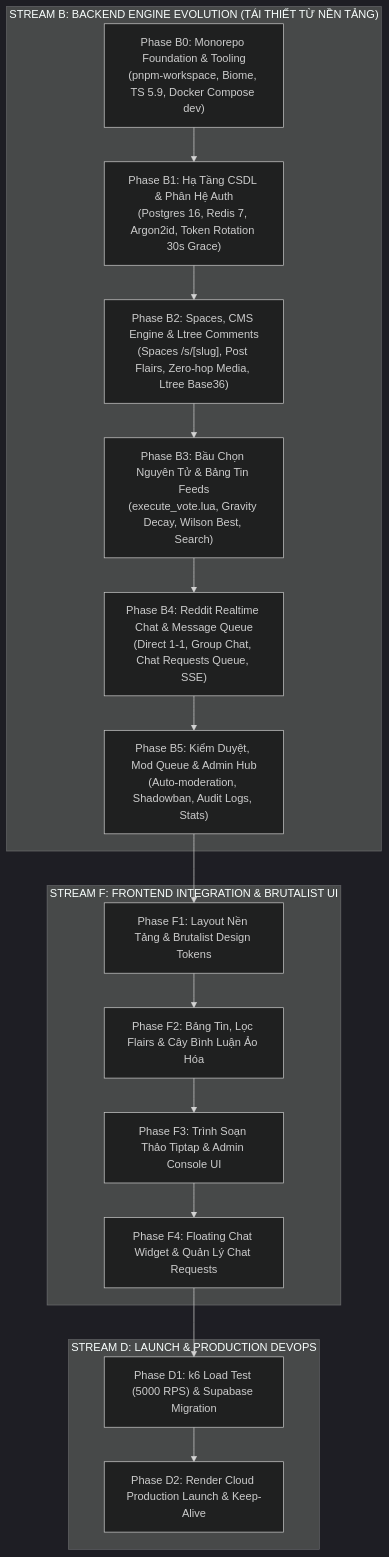
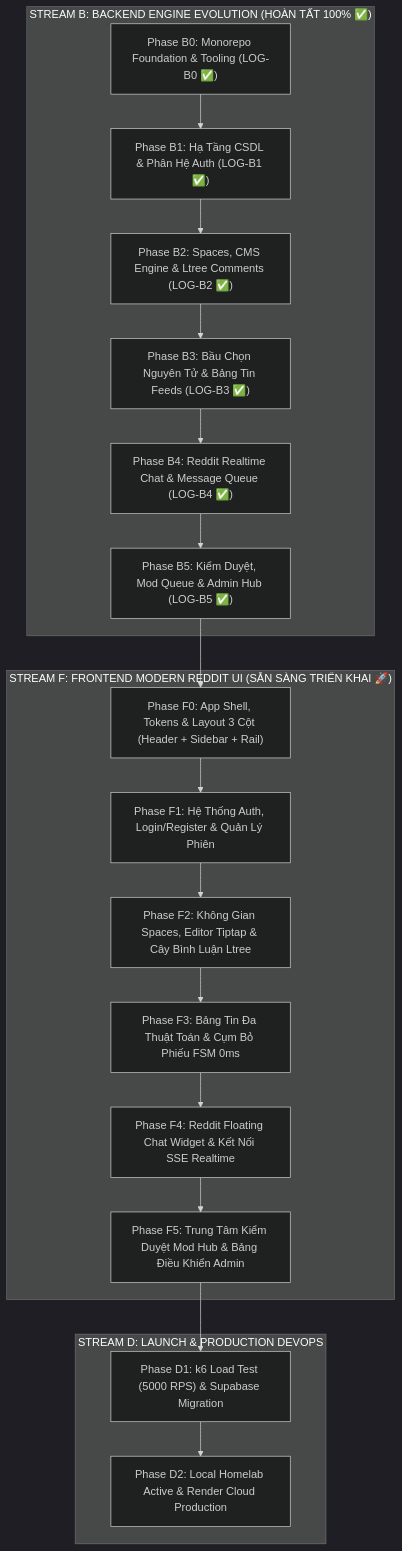
One commit to mjjyv/acad_devOps-project changed the diagram in docs/06_roadmap_and_kpis/01_backend_first_roadmap.md. Above: the diagram before and after it, drawn with Mermaid (dark theme). The commit also changed other lines of this file and 3 other files, not shown here.

Commit message:
docs(design): publish comprehensive frontend design system, ux guidelines and stream f roadmap

````diff
--- a/docs/06_roadmap_and_kpis/01_backend_first_roadmap.md
+++ b/docs/06_roadmap_and_kpis/01_backend_first_roadmap.md
@@ -25,28 +25,30 @@
 ```mermaid
 flowchart TD
-    subgraph StreamB ["STREAM B: BACKEND ENGINE EVOLUTION (TÁI THIẾT TỪ NỀN TẢNG)"]
-        B0["Phase B0: Monorepo Foundation & Tooling<br/>(pnpm-workspace, Biome, TS 5.9, Docker Compose dev)"]
-        B1["Phase B1: Hạ Tầng CSDL & Phân Hệ Auth<br/>(Postgres 16, Redis 7, Argon2id, Token Rotation 30s Grace)"]
-        B2["Phase B2: Spaces, CMS Engine & Ltree Comments<br/>(Spaces /s/[slug], Post Flairs, Zero-hop Media, Ltree Base36)"]
-        B3["Phase B3: Bầu Chọn Nguyên Tử & Bảng Tin Feeds<br/>(execute_vote.lua, Gravity Decay, Wilson Best, Search)"]
-        B4["Phase B4: Reddit Realtime Chat & Message Queue<br/>(Direct 1-1, Group Chat, Chat Requests Queue, SSE)"]
-        B5["Phase B5: Kiểm Duyệt, Mod Queue & Admin Hub<br/>(Auto-moderation, Shadowban, Audit Logs, Stats)"]
+    subgraph StreamB ["STREAM B: BACKEND ENGINE EVOLUTION (HOÀN TẤT 100% ✅)"]
+        B0["Phase B0: Monorepo Foundation & Tooling (LOG-B0 ✅)"]
+        B1["Phase B1: Hạ Tầng CSDL & Phân Hệ Auth (LOG-B1 ✅)"]
+        B2["Phase B2: Spaces, CMS Engine & Ltree Comments (LOG-B2 ✅)"]
+        B3["Phase B3: Bầu Chọn Nguyên Tử & Bảng Tin Feeds (LOG-B3 ✅)"]
+        B4["Phase B4: Reddit Realtime Chat & Message Queue (LOG-B4 ✅)"]
+        B5["Phase B5: Kiểm Duyệt, Mod Queue & Admin Hub (LOG-B5 ✅)"]
         B0 --> B1 --> B2 --> B3 --> B4 --> B5
     end
 
-    subgraph StreamF ["STREAM F: FRONTEND INTEGRATION & BRUTALIST UI"]
-        F1["Phase F1: Layout Nền Tảng & Brutalist Design Tokens"]
-        F2["Phase F2: Bảng Tin, Lọc Flairs & Cây Bình Luận Ảo Hóa"]
-        F3["Phase F3: Trình Soạn Thảo Tiptap & Admin Console UI"]
-        F4["Phase F4: Floating Chat Widget & Quản Lý Chat Requests"]
-        F1 --> F2 --> F3 --> F4
+    subgraph StreamF ["STREAM F: FRONTEND MODERN REDDIT UI (SẴN SÀNG TRIỂN KHAI 🚀)"]
+        F0["Phase F0: App Shell, Tokens & Layout 3 Cột (Header + Sidebar + Rail)"]
+        F1["Phase F1: Hệ Thống Auth, Login/Register & Quản Lý Phiên"]
+        F2["Phase F2: Không Gian Spaces, Editor Tiptap & Cây Bình Luận Ltree"]
+        F3["Phase F3: Bảng Tin Đa Thuật Toán & Cụm Bỏ Phiếu FSM 0ms"]
+        F4["Phase F4: Reddit Floating Chat Widget & Kết Nối SSE Realtime"]
+        F5["Phase F5: Trung Tâm Kiểm Duyệt Mod Hub & Bảng Điều Khiển Admin"]
+        F0 --> F1 --> F2 --> F3 --> F4 --> F5
     end
 
     subgraph StreamD ["STREAM D: LAUNCH & PRODUCTION DEVOPS"]
         D1["Phase D1: k6 Load Test (5000 RPS) & Supabase Migration"]
-        D2["Phase D2: Render Cloud Production Launch & Keep-Alive"]
+        D2["Phase D2: Local Homelab Active & Render Cloud Production"]
     end
 
-    B5 --> F1
-    F4 --> D1 --> D2
+    B5 --> F0
+    F5 --> D1 --> D2
 ```
````
